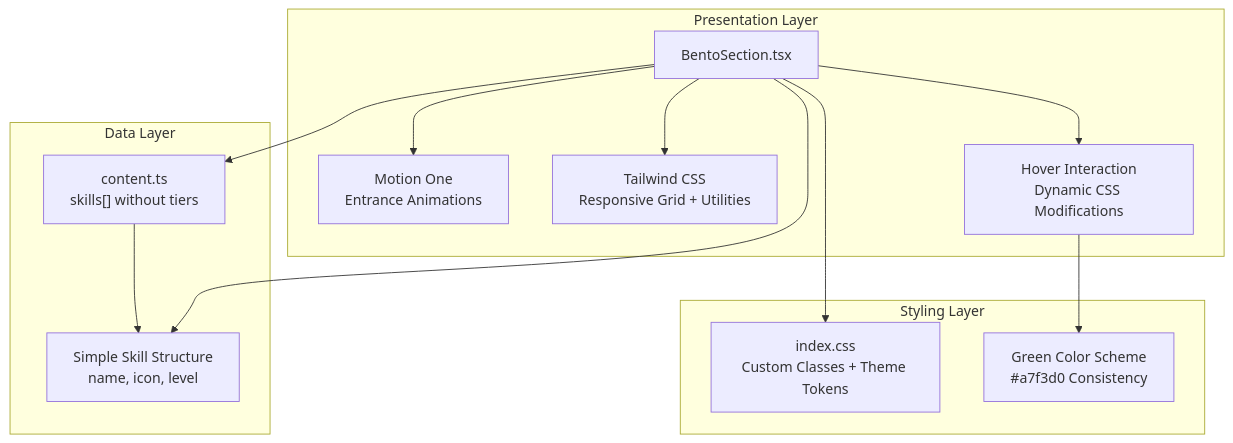
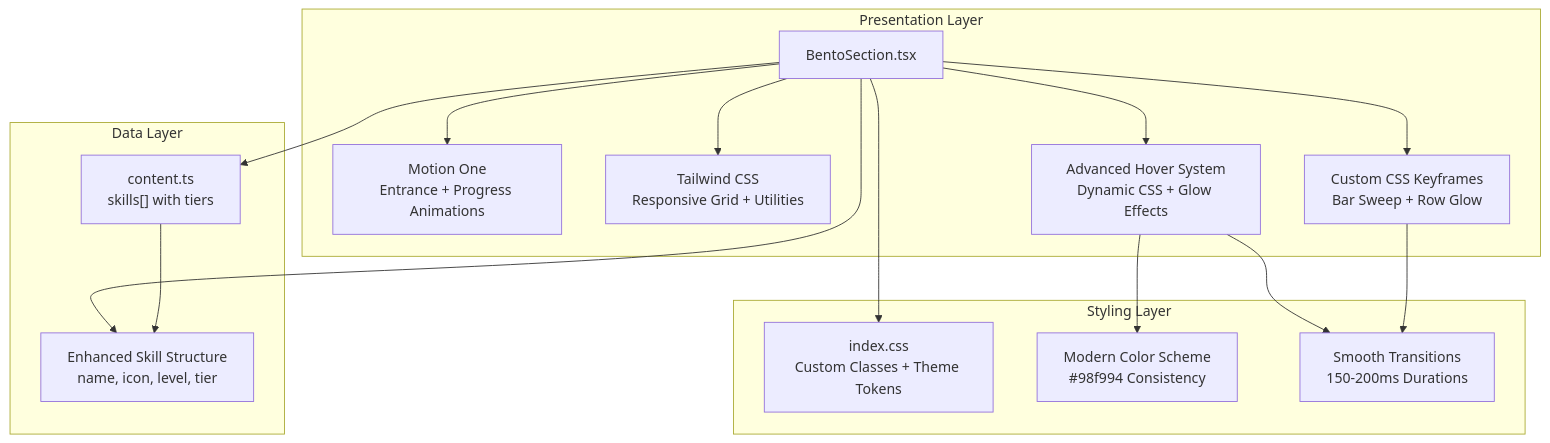
One commit to subash7781/Portfolio changed the second of 4 diagrams in .qoder/repowiki/en/content/Component Library & UI Elements/BentoSection Component.md. Above: the diagram before and after it, drawn with Mermaid. The commit also changed other lines of this file and 7 other files, not shown here.

````diff
--- a/.qoder/repowiki/en/content/Component Library & UI Elements/BentoSection Component.md
+++ b/.qoder/repowiki/en/content/Component Library & UI Elements/BentoSection Component.md
@@ -80,25 +80,30 @@
 ```mermaid
 graph TB
 subgraph "Presentation Layer"
 Bento["BentoSection.tsx"]
-Motion["Motion One<br/>Entrance Animations"]
+Motion["Motion One<br/>Entrance + Progress Animations"]
 Tailwind["Tailwind CSS<br/>Responsive Grid + Utilities"]
-HoverSystem["Hover Interaction<br/>Dynamic CSS Modifications"]
+HoverSystem["Advanced Hover System<br/>Dynamic CSS + Glow Effects"]
+Keyframes["Custom CSS Keyframes<br/>Bar Sweep + Row Glow"]
 end
 subgraph "Data Layer"
-Content["content.ts<br/>skills[] without tiers"]
-SkillType["Simple Skill Structure<br/>name, icon, level"]
+Content["content.ts<br/>skills[] with tiers"]
+SkillType["Enhanced Skill Structure<br/>name, icon, level, tier"]
 end
 subgraph "Styling Layer"
 BaseCSS["index.css<br/>Custom Classes + Theme Tokens"]
-GreenScheme["Green Color Scheme<br/>#a7f3d0 Consistency"]
+ModernScheme["Modern Color Scheme<br/>#98f994 Consistency"]
+TransitionEffects["Smooth Transitions<br/>150-200ms Durations"]
 end
 Bento --> Motion
 Bento --> Tailwind
 Bento --> HoverSystem
+Bento --> Keyframes
 Bento --> Content
 Bento --> SkillType
 Bento --> BaseCSS
-HoverSystem --> GreenScheme
+HoverSystem --> ModernScheme
+HoverSystem --> TransitionEffects
+Keyframes --> TransitionEffects
 Content --> SkillType
 ```
````
